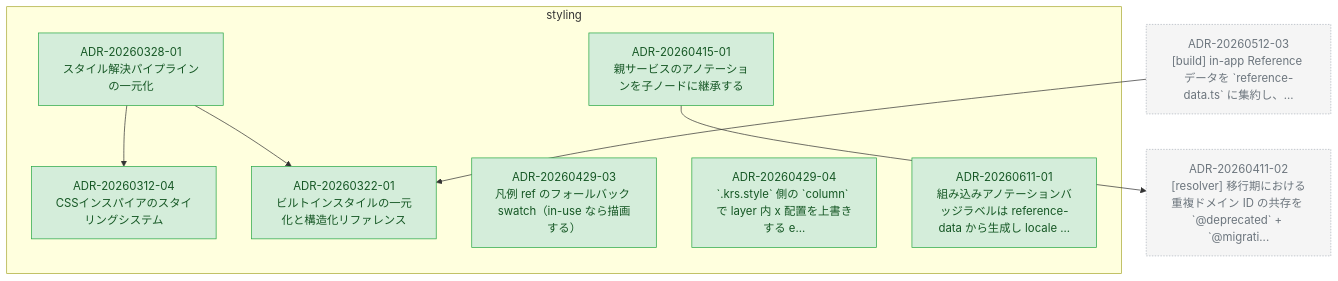
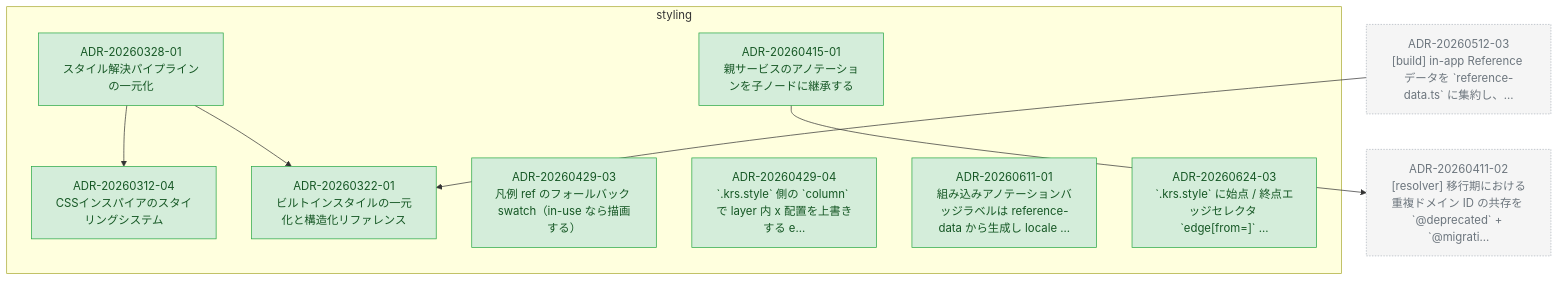
One commit to kompiro/karasu changed the diagram in docs/adr/graph/styling.md. Above: the diagram before and after it, drawn with Mermaid. The commit also changed other lines of this file and 25 other files, not shown here.

````diff
--- a/docs/adr/graph/styling.md
+++ b/docs/adr/graph/styling.md
@@ -6,34 +6,36 @@
 ```mermaid
 flowchart TD
   subgraph styling["styling"]
     ADR_20260312_04["ADR-20260312-04<br/>CSSインスパイアのスタイリングシステム"]
     ADR_20260322_01["ADR-20260322-01<br/>ビルトインスタイルの一元化と構造化リファレンス"]
     ADR_20260328_01["ADR-20260328-01<br/>スタイル解決パイプラインの一元化"]
     ADR_20260415_01["ADR-20260415-01<br/>親サービスのアノテーションを子ノードに継承する"]
     ADR_20260429_03["ADR-20260429-03<br/>凡例 ref のフォールバック swatch（in-use なら描画する）"]
     ADR_20260429_04["ADR-20260429-04<br/>`.krs.style` 側の `column` で layer 内 x 配置を上書きする e..."]
     ADR_20260611_01["ADR-20260611-01<br/>組み込みアノテーションバッジラベルは reference-data から生成し locale ..."]
+    ADR_20260624_03["ADR-20260624-03<br/>`.krs.style` に始点 / 終点エッジセレクタ `edge[from=<id>]` ..."]
   end
   ADR_20260411_02["ADR-20260411-02<br/>[resolver] 移行期における重複ドメイン ID の共存を `@deprecated` + `@migrati..."]
   ADR_20260512_03["ADR-20260512-03<br/>[build] in-app Reference データを `reference-data.ts` に集約し、..."]
   ADR_20260328_01 --> ADR_20260312_04
   ADR_20260328_01 --> ADR_20260322_01
   ADR_20260415_01 --> ADR_20260411_02
   ADR_20260512_03 --> ADR_20260322_01
 
   classDef accepted fill:#d4edda,stroke:#28a745,color:#155724
   classDef proposed fill:#fff3cd,stroke:#ffc107,color:#856404
   classDef deprecated fill:#f8d7da,stroke:#dc3545,color:#721c24
   classDef superseded fill:#e2e3e5,stroke:#6c757d,color:#383d41
   classDef not_adopted fill:#e2e3e5,stroke:#6c757d,color:#383d41,stroke-dasharray:3 3
   classDef ghost fill:#f5f5f5,stroke:#adb5bd,color:#6c757d,stroke-dasharray:2 2
   class ADR_20260312_04 accepted
   class ADR_20260322_01 accepted
   class ADR_20260328_01 accepted
   class ADR_20260415_01 accepted
   class ADR_20260429_03 accepted
   class ADR_20260429_04 accepted
   class ADR_20260611_01 accepted
+  class ADR_20260624_03 accepted
   class ADR_20260411_02 ghost
   class ADR_20260512_03 ghost
 ```
````
